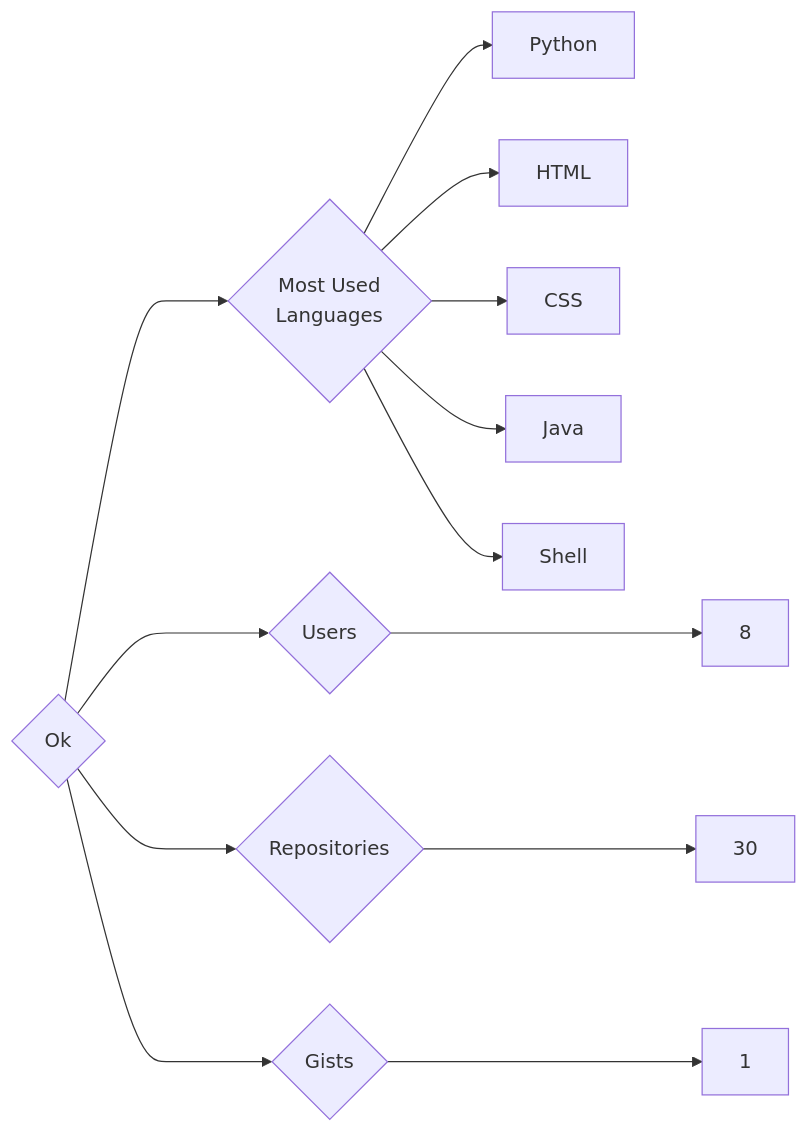
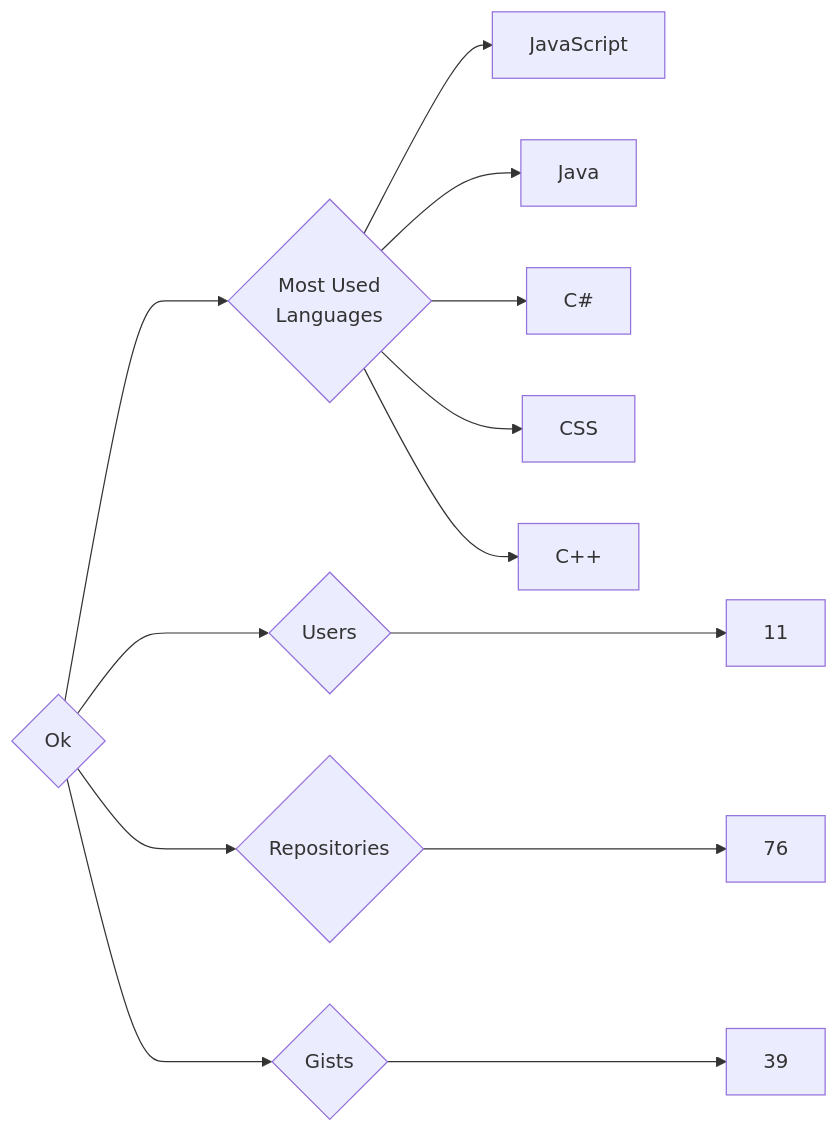
The diagram in targets/Ok/README.md (trickest/insiders), drawn with Mermaid before and after one commit. The commit also changed 860 other files, not shown here.

````diff
--- a/targets/Ok/README.md
+++ b/targets/Ok/README.md
@@ -3,13 +3,13 @@
 ```mermaid
 graph LR
 COMPANY_NAME{Ok}
-COMPANY_NAME ---> U{Users} ---> UN[8]
-COMPANY_NAME ---> R{Repositories} ---> RN[30]
-COMPANY_NAME ---> G{Gists} ---> GN[1]
+COMPANY_NAME ---> U{Users} ---> UN[11]
+COMPANY_NAME ---> R{Repositories} ---> RN[76]
+COMPANY_NAME ---> G{Gists} ---> GN[39]
 COMPANY_NAME ---> ML{Most Used<br>Languages}
-ML --> Python[Python]
-ML --> HTML[HTML]
+ML --> JavaScript[JavaScript]
+ML --> Java[Java]
+ML --> C#[C#]
 ML --> CSS[CSS]
-ML --> Java[Java]
-ML --> Shell[Shell]
+ML --> C++[C++]
 ```
````
